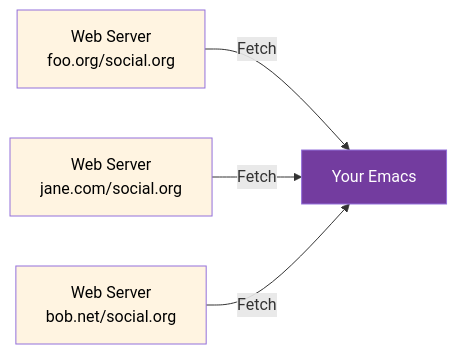
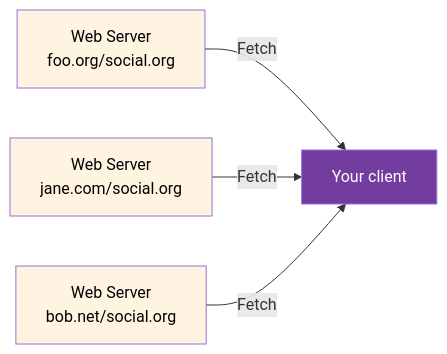
One commit to tanrax/org-social changed the second of 5 diagrams in README.md. Above: the diagram before and after it, drawn with Mermaid. The commit also changed other lines of this file and 1 other file, not shown here.

First line of the commit message:
Add iOS as official client alongside org-social.el

````diff
--- a/README.md
+++ b/README.md
@@ -93,9 +93,9 @@
 ```mermaid
 flowchart LR
-    A["Web Server<br/>foo.org/social.org"] & B["Web Server<br/>jane.com/social.org"] & C["Web Server<br/>bob.net/social.org"] -- Fetch --> D["Your Emacs"]
+    A["Web Server<br/>foo.org/social.org"] & B["Web Server<br/>jane.com/social.org"] & C["Web Server<br/>bob.net/social.org"] -- Fetch --> D["Your client"]
 
     style A fill:#fff4e1,color:black
     style B fill:#fff4e1,color:black
     style C fill:#fff4e1,color:black
     style D fill:#733c9f,color:white
 ```
````
